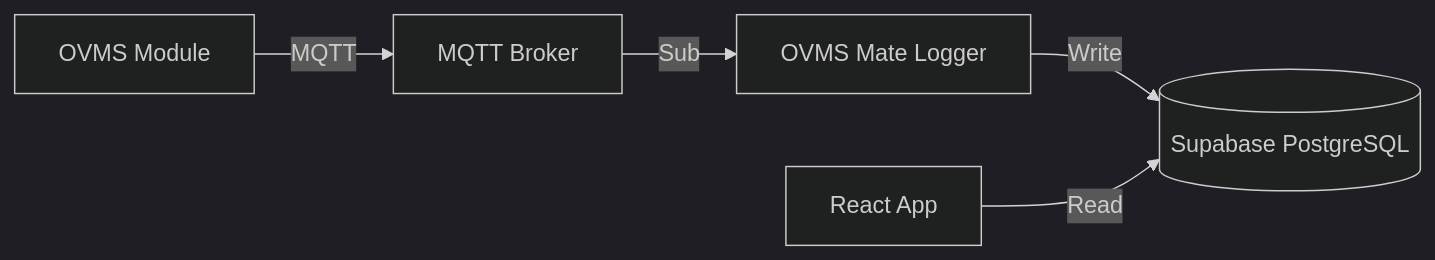
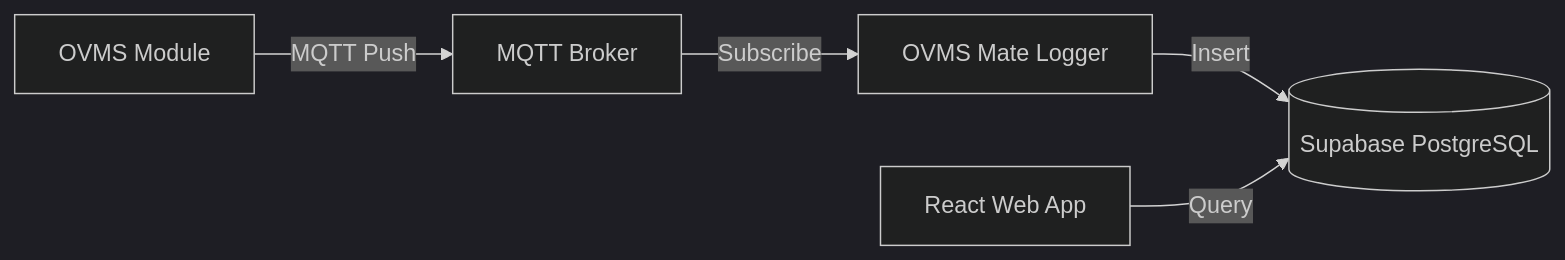
One commit to dicsonpan/OVMS-Mate changed the diagram in README.md. Above: the diagram before and after it, drawn with Mermaid (dark theme). The commit also changed other lines of this file and 5 other files, not shown here.

````diff
--- a/README.md
+++ b/README.md
@@ -45,7 +53,7 @@
 ```mermaid
 graph LR
-    Car[OVMS Module] -- MQTT --> Broker[MQTT Broker]
-    Broker -- Sub --> Logger[OVMS Mate Logger]
-    Logger -- Write --> DB[(Supabase PostgreSQL)]
-    Frontend[React App] -- Read --> DB
+    Car[OVMS Module] -- MQTT Push --> Broker[MQTT Broker]
+    Broker -- Subscribe --> Logger[OVMS Mate Logger]
+    Logger -- Insert --> DB[(Supabase PostgreSQL)]
+    Frontend[React Web App] -- Query --> DB
 ```
````
